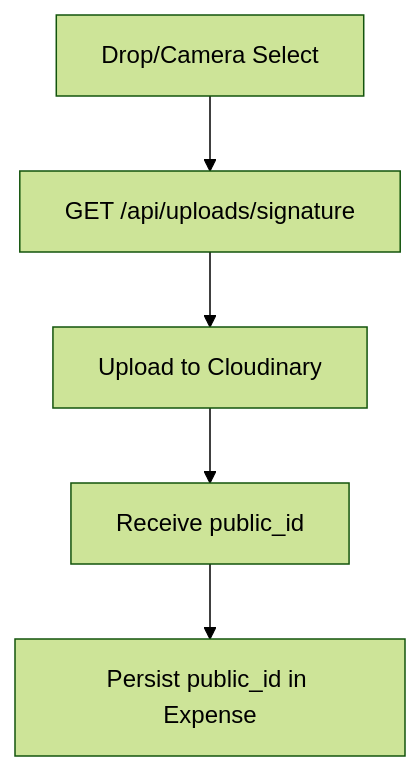
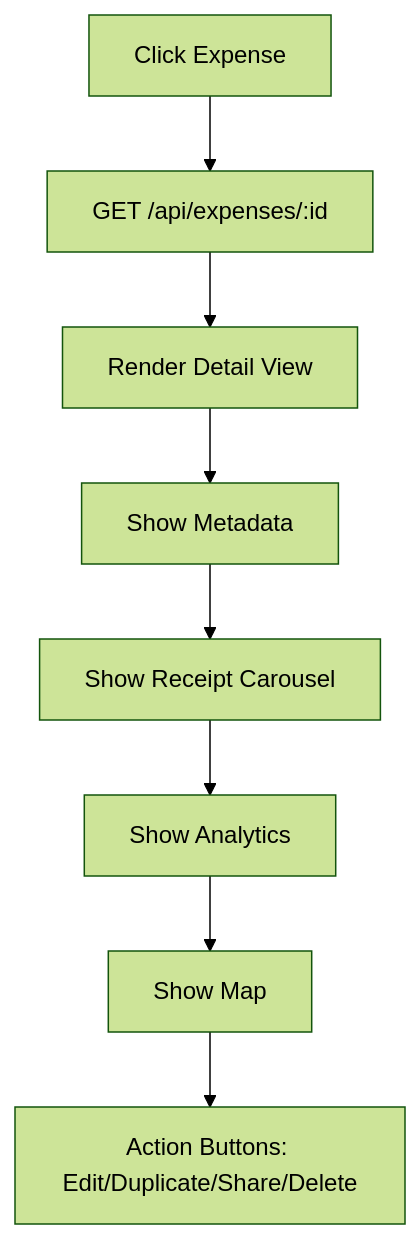
Before and after one commit to bharatbhusal/track-my-biryani: the fourth of 5 diagrams in docs/UX.md, drawn with Mermaid (forest theme). The commit also changed other lines of this file and 53 other files, not shown here.

First line of the commit message:
feat: enhance analytics and expenses APIs with query parameters and new endpoints

````diff
--- a/docs/UX.md
+++ b/docs/UX.md
@@ -41,7 +104,10 @@
 ```mermaid
 flowchart TD
-A[Drop/Camera Select] --> B[GET /api/uploads/signature]
-B --> C[Upload to Cloudinary]
-C --> D[Receive public_id]
-D --> E[Persist public_id in Expense]
+  A[Click Expense] --> B[GET /api/expenses/:id]
+  B --> C[Render Detail View]
+  C --> D[Show Metadata]
+  D --> E[Show Receipt Carousel]
+  E --> F[Show Analytics]
+  F --> G[Show Map]
+  G --> H[Action Buttons: Edit/Duplicate/Share/Delete]
 ```
````
